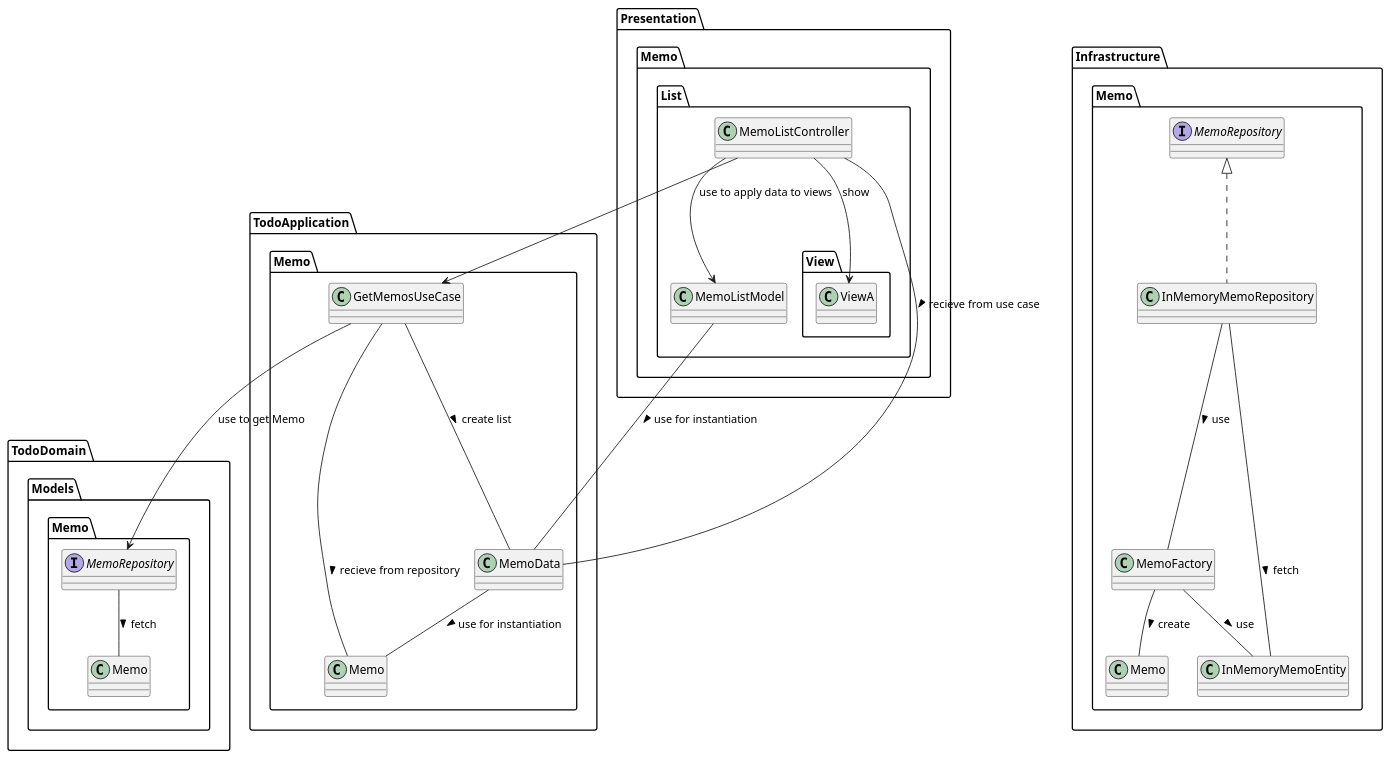
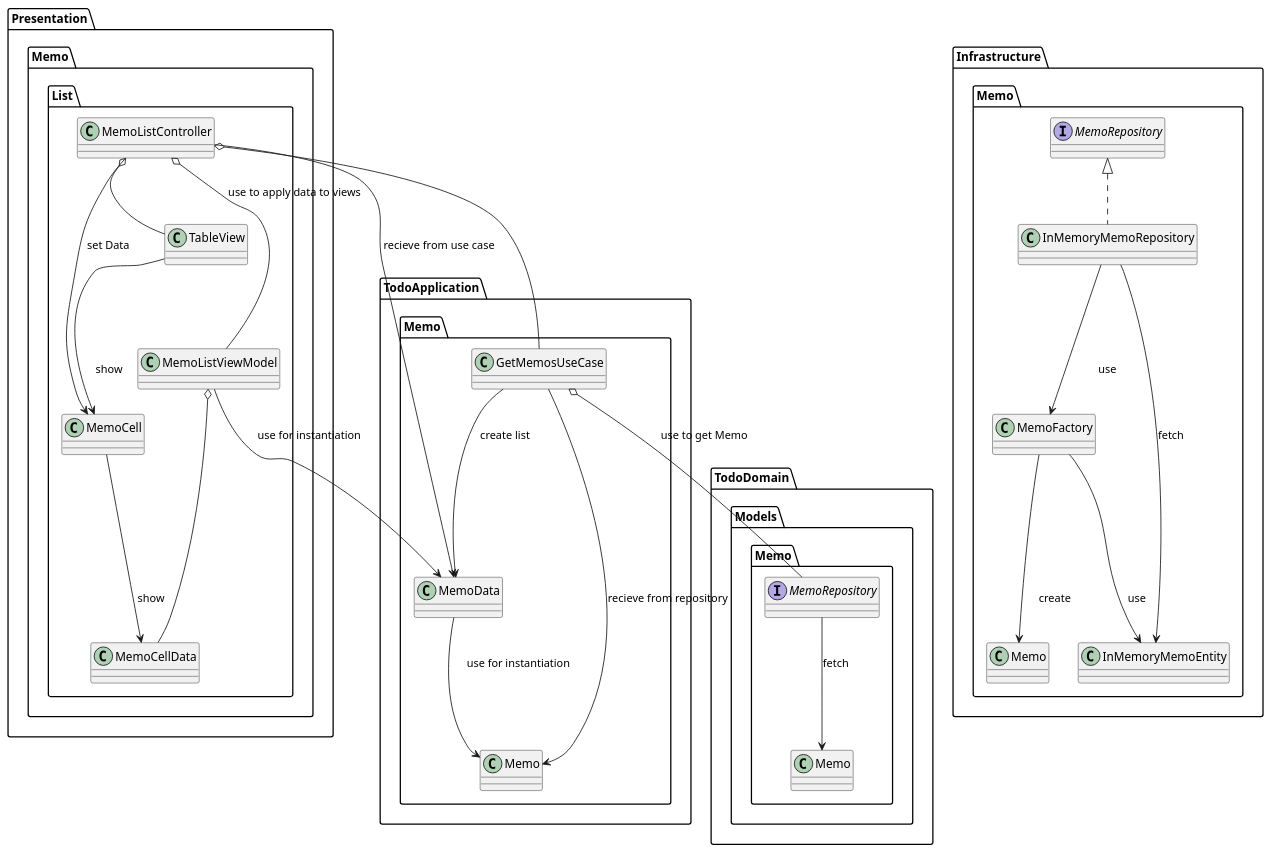
Before and after one commit to t-matsumo/TodoPractice: the diagram in docs/class-diagram/memo/GetMemosUseCase.plantuml, drawn with PlantUML. The commit also changed 18 other files, not shown here.

```diff
--- a/docs/class-diagram/memo/GetMemosUseCase.plantuml
+++ b/docs/class-diagram/memo/GetMemosUseCase.plantuml
@@ -1,48 +1,54 @@
 @startuml
 
 package TodoDomain.Models.Memo {
     class Memo
     interface MemoRepository
 
-    MemoRepository -- Memo : fetch >
+    MemoRepository --> Memo : fetch
 }
 
 package TodoApplication.Memo {
     class GetMemosUseCase
     class MemoData
 
-    GetMemosUseCase -- MemoData : create list >
-    MemoData -- Memo : use for instantiation >
+    GetMemosUseCase --> MemoData : create list
+    MemoData --> Memo : use for instantiation
 
-    GetMemosUseCase --> MemoRepository : use to get Memo
-    GetMemosUseCase -- Memo : recieve from repository >
+    GetMemosUseCase o-- MemoRepository : use to get Memo
+    GetMemosUseCase --> Memo : recieve from repository
 }
 
 package Presentation.Memo {
     package List {
         class MemoListController
-        class MemoListModel
-        package View {
-            class ViewA
-        }
+        class MemoListViewModel
+        class MemoCell
+        class MemoCellData
+        class TableView
 
-        MemoListController --> MemoListModel : use to apply data to views
-        MemoListController --> ViewA : show
+        MemoListViewModel o-- MemoCellData
+        MemoListViewModel --> MemoData : use for instantiation
 
-        MemoListController --> GetMemosUseCase
-        MemoListController -- MemoData : recieve from use case >
-        MemoListModel -- MemoData : use for instantiation >
+        TableView --> MemoCell : show
+        MemoCell --> MemoCellData : show
+
+        MemoListController o-- MemoListViewModel : use to apply data to views
+        MemoListController o-- TableView
+        MemoListController --> MemoCell : set Data
+
+        MemoListController o-- GetMemosUseCase
+        MemoListController --> MemoData : recieve from use case
     }
 }
 package Infrastructure.Memo {
     class InMemoryMemoRepository implements MemoRepository
     class MemoFactory
     class InMemoryMemoEntity
 
-    InMemoryMemoRepository -- InMemoryMemoEntity : fetch >
-    InMemoryMemoRepository -- MemoFactory : use >
-    MemoFactory -- InMemoryMemoEntity : use >
-    MemoFactory -- Memo : create >
+    InMemoryMemoRepository --> InMemoryMemoEntity : fetch
+    InMemoryMemoRepository --> MemoFactory : use
+    MemoFactory --> InMemoryMemoEntity : use
+    MemoFactory --> Memo : create
 }
 
 @enduml
```
